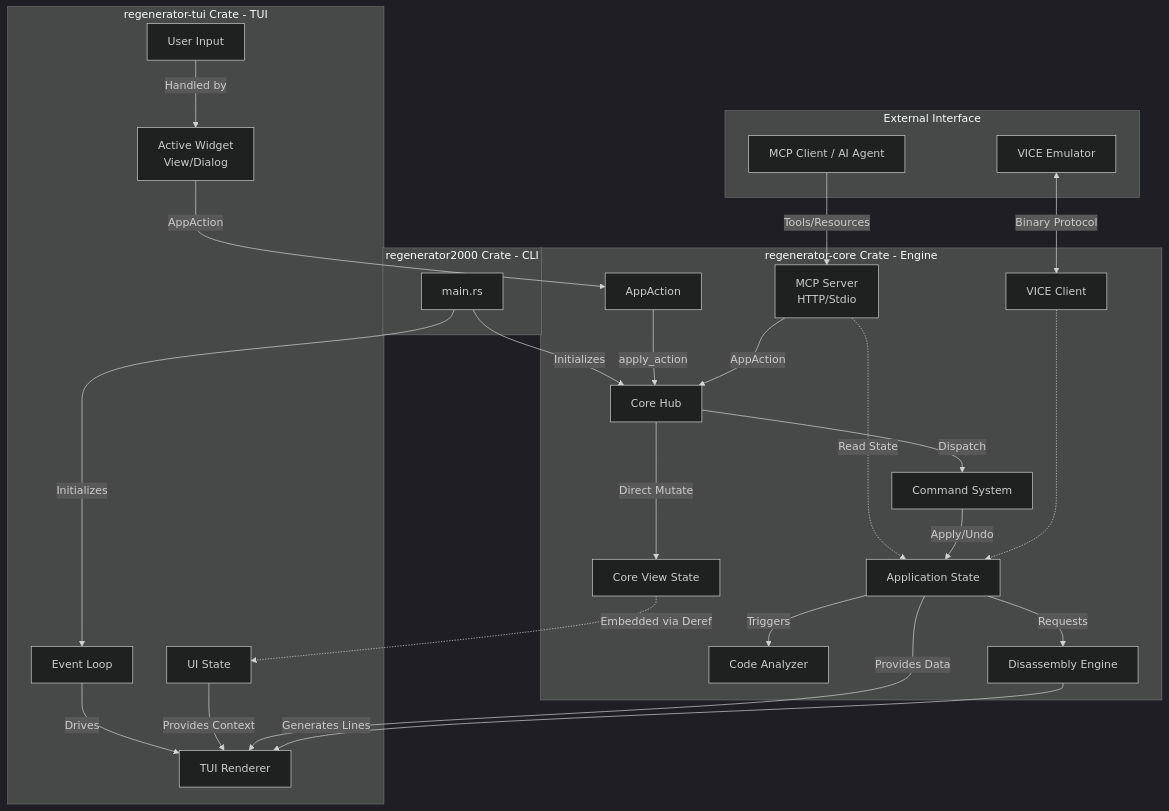
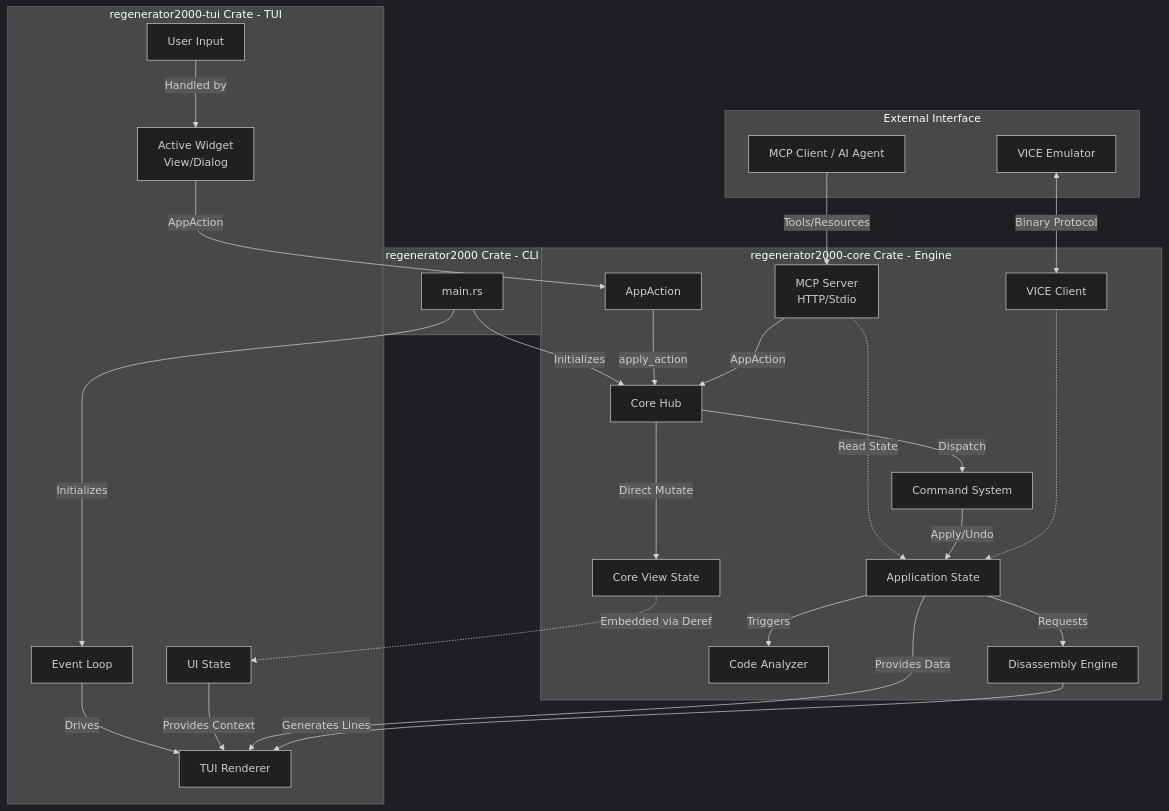
One commit to ricardoquesada/regenerator2000 changed the diagram in docs/architecture.md. Above: the diagram before and after it, drawn with Mermaid (dark theme). The commit also changed other lines of this file and 149 other files, not shown here.

````diff
--- a/docs/architecture.md
+++ b/docs/architecture.md
@@ -7,58 +7,58 @@
 ```mermaid
 flowchart TD
     subgraph bin [regenerator2000 Crate - CLI]
         Main[main.rs]
     end
 
-    subgraph tui_crate [regenerator-tui Crate - TUI]
+    subgraph tui_crate [regenerator2000-tui Crate - TUI]
         Input[User Input]
         EventLoop[Event Loop]
         Widget[Active Widget<br/>View/Dialog]
         Renderer[TUI Renderer]
         UIState[UI State]
     end
 
-    subgraph core_crate [regenerator-core Crate - Engine]
+    subgraph core_crate [regenerator2000-core Crate - Engine]
         Core[Core Hub]
         Action[AppAction]
         CommandSys[Command System]
         AppState[Application State]
         CoreViewState[Core View State]
         Analyzer[Code Analyzer]
         DisasmEngine[Disassembly Engine]
         ViceClient[VICE Client]
         MCPServer[MCP Server<br/>HTTP/Stdio]
     end
 
     subgraph External [External Interface]
         MCPClient[MCP Client / AI Agent]
         VICE[VICE Emulator]
     end
 
     Main -->|Initializes| Core
     Main -->|Initializes| EventLoop
     Input -->|Handled by| Widget
     EventLoop -->|Drives| Renderer
     Widget -->|AppAction| Action
     Action -->|apply_action| Core
 
     MCPClient -->|Tools/Resources| MCPServer
     MCPServer -->|AppAction| Core
     MCPServer -.->|Read State| AppState
 
     Core -->|Dispatch| CommandSys
     Core -->|Direct Mutate| CoreViewState
 
     CommandSys -->|Apply/Undo| AppState
 
     AppState -->|Requests| DisasmEngine
     AppState -->|Triggers| Analyzer
 
     CoreViewState -.->|Embedded via Deref| UIState
     UIState -->|Provides Context| Renderer
     AppState -->|Provides Data| Renderer
     DisasmEngine -->|Generates Lines| Renderer
 
     VICE <-->|Binary Protocol| ViceClient
     ViceClient -.-> AppState
 ```
````
